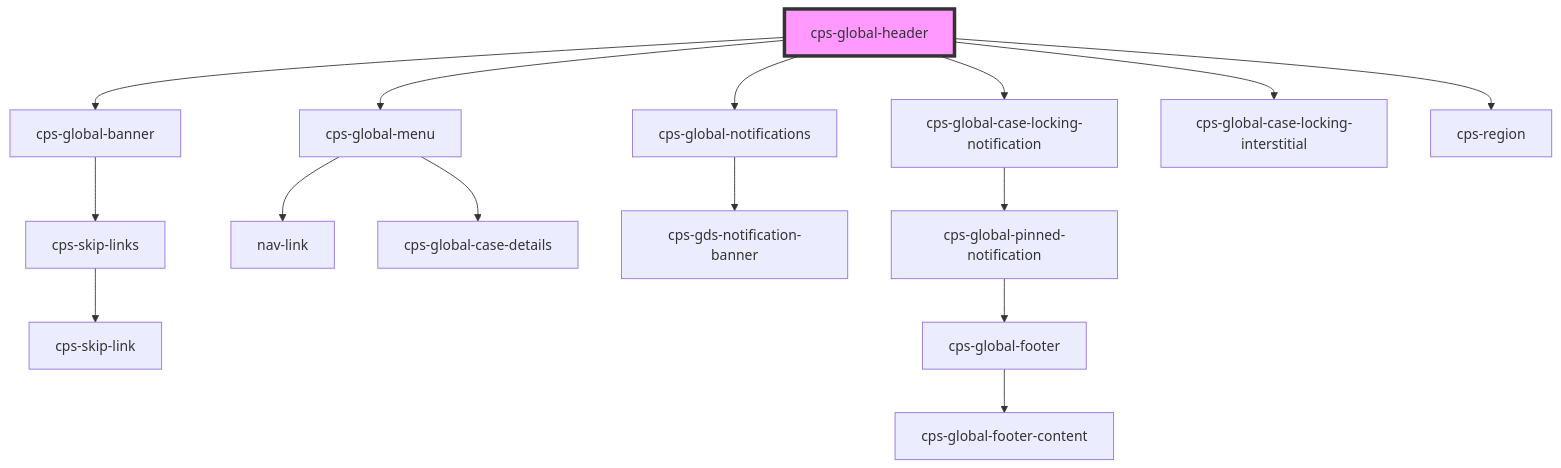
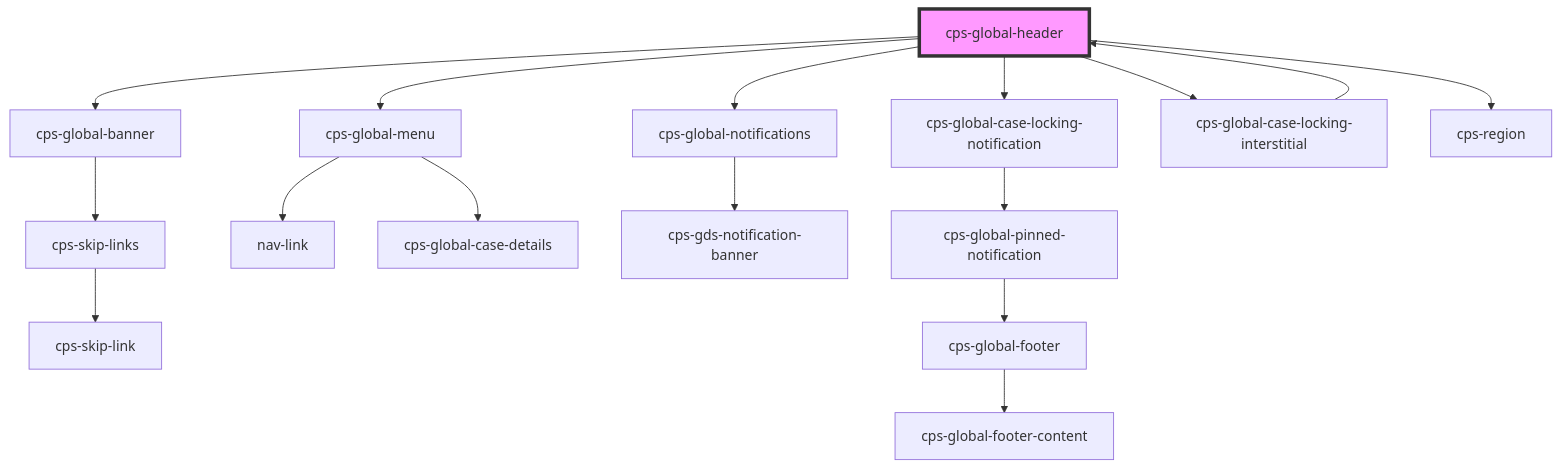
One commit to CPS-Innovation/global-components changed the diagram in packages/cps-global-components/src/components/cps-global-header/readme.md. Above: the diagram before and after it, drawn with Mermaid. The commit also changed other lines of this file and 10 other files, not shown here.

````diff
--- a/packages/cps-global-components/src/components/cps-global-header/readme.md
+++ b/packages/cps-global-components/src/components/cps-global-header/readme.md
@@ -27,18 +32,19 @@
 ```mermaid
 graph TD;
   cps-global-header --> cps-global-banner
   cps-global-header --> cps-global-menu
   cps-global-header --> cps-global-notifications
   cps-global-header --> cps-global-case-locking-notification
   cps-global-header --> cps-global-case-locking-interstitial
   cps-global-header --> cps-region
   cps-global-banner --> cps-skip-links
   cps-skip-links --> cps-skip-link
   cps-global-menu --> nav-link
   cps-global-menu --> cps-global-case-details
   cps-global-notifications --> cps-gds-notification-banner
   cps-global-case-locking-notification --> cps-global-pinned-notification
   cps-global-pinned-notification --> cps-global-footer
   cps-global-footer --> cps-global-footer-content
+  cps-global-case-locking-interstitial --> cps-global-header
   style cps-global-header fill:#f9f,stroke:#333,stroke-width:4px
 ```
````
